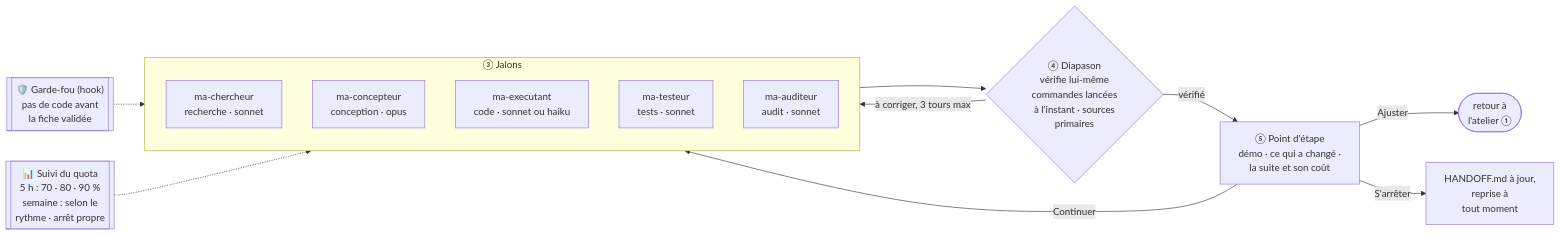
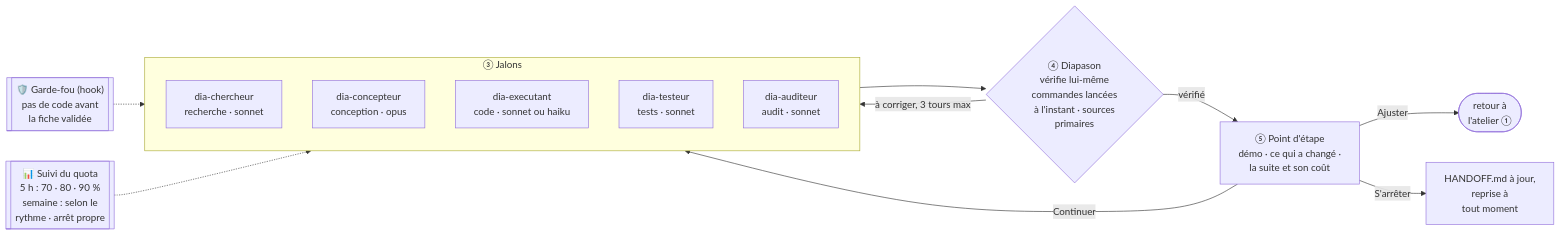
One commit to MalikChopa/diapason changed the fourth of 4 diagrams in README.md. Above: the diagram before and after it, drawn with Mermaid. The commit also changed other lines of this file and 47 other files, not shown here.

````diff
--- a/README.md
+++ b/README.md
@@ -158,18 +158,18 @@
 ```mermaid
 flowchart LR
     subgraph J["③ Jalons"]
-        A1["ma-chercheur<br/>recherche · sonnet"]
-        A2["ma-concepteur<br/>conception · opus"]
-        A3["ma-executant<br/>code · sonnet ou haiku"]
-        A4["ma-testeur<br/>tests · sonnet"]
-        A5["ma-auditeur<br/>audit · sonnet"]
+        A1["dia-chercheur<br/>recherche · sonnet"]
+        A2["dia-concepteur<br/>conception · opus"]
+        A3["dia-executant<br/>code · sonnet ou haiku"]
+        A4["dia-testeur<br/>tests · sonnet"]
+        A5["dia-auditeur<br/>audit · sonnet"]
     end
     J --> V{"④ Diapason<br/>vérifie lui-même<br/>commandes lancées<br/>à l'instant · sources<br/>primaires"}
     V -- "à corriger, 3 tours max" --> J
     V -- "vérifié" --> CP["⑤ Point d'étape<br/>démo · ce qui a changé ·<br/>la suite et son coût"]
     CP -- "Continuer" --> J
     CP -- "Ajuster" --> BK(["retour à<br/>l'atelier ①"])
     CP -- "S'arrêter" --> H["HANDOFF.md à jour,<br/>reprise à<br/>tout moment"]
     G[["🛡️ Garde-fou (hook)<br/>pas de code avant<br/>la fiche validée"]] -.-> J
     QT[["📊 Suivi du quota<br/>5 h : 70 · 80 · 90 %<br/>semaine : selon le<br/>rythme · arrêt propre"]] -.-> J
 ```
````
